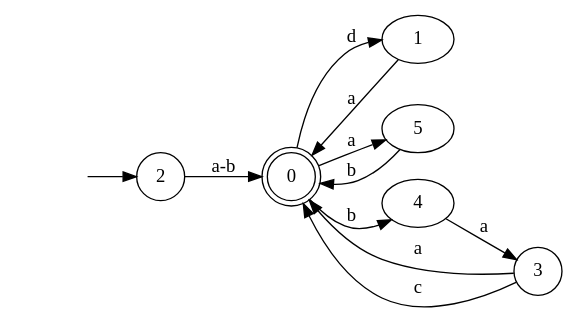
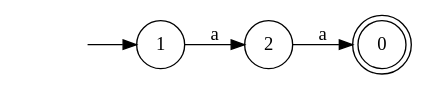
The diagram in dotfiles/DFA0.dot (Faymiaouent/Automa4U), drawn with Graphviz before and after one commit. The commit also changed 42 other files, not shown here.

```diff
--- a/dotfiles/DFA0.dot
+++ b/dotfiles/DFA0.dot
@@ -1,20 +1,10 @@
 digraph Automaton {
   rankdir = LR;
 0 [shape=doublecircle]; 
-  0 -> 1 [label="d"];
-  0 -> 5 [label="a"];
-  0 -> 4 [label="b"];
-node [shape=circle];
-  1 -> 0 [label="a"];
 node [shape=circle];
   initial [shape=plaintext,label=""];
-  initial -> 2
-  2 -> 0 [label="a-b"];
+  initial -> 1
+  1 -> 2 [label="a"];
 node [shape=circle];
-  3 -> 0 [label="a"];
-  3 -> 0 [label="c"];
-node [shape=circle];
-  4 -> 3 [label="a"];
-node [shape=circle];
-  5 -> 0 [label="b"];
+  2 -> 0 [label="a"];
 }
```
